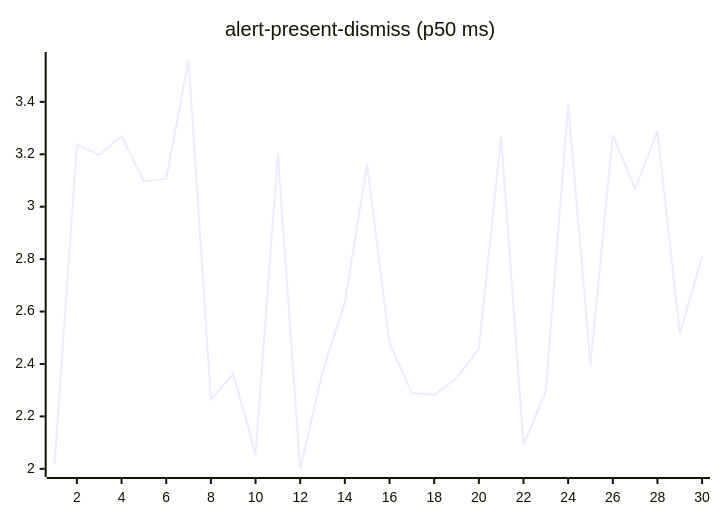
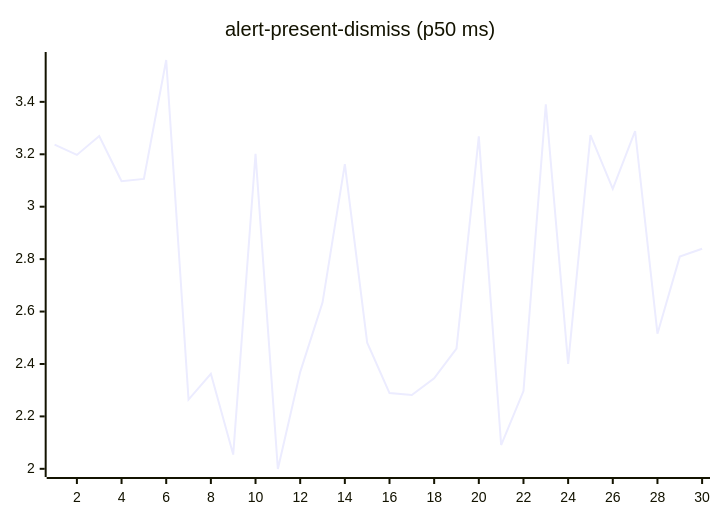
One commit to josha/Facet changed the second of 27 diagrams in README.md. Above: the diagram before and after it, drawn with Mermaid. The commit also changed other lines of this file and 2 other files, not shown here.

````diff
--- a/README.md
+++ b/README.md
@@ -70,6 +70,6 @@
 ```mermaid
 xychart-beta
     title "alert-present-dismiss (p50 ms)"
     x-axis 1 --> 30
-    line [2.0200, 3.2371, 3.1976, 3.2697, 3.0970, 3.1061, 3.5597, 2.2642, 2.3626, 2.0543, 3.2013, 1.9993, 2.3689, 2.6340, 3.1626, 2.4814, 2.2888, 2.2819, 2.3455, 2.4588, 3.2682, 2.0908, 2.2965, 3.3910, 2.4000, 3.2732, 3.0684, 3.2888, 2.5156, 2.8095]
+    line [3.2371, 3.1976, 3.2697, 3.0970, 3.1061, 3.5597, 2.2642, 2.3626, 2.0543, 3.2013, 1.9993, 2.3689, 2.6340, 3.1626, 2.4814, 2.2888, 2.2819, 2.3455, 2.4588, 3.2682, 2.0908, 2.2965, 3.3910, 2.4000, 3.2732, 3.0684, 3.2888, 2.5156, 2.8095, 2.8395]
 ```
````
